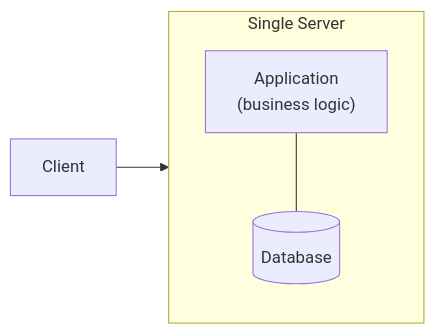
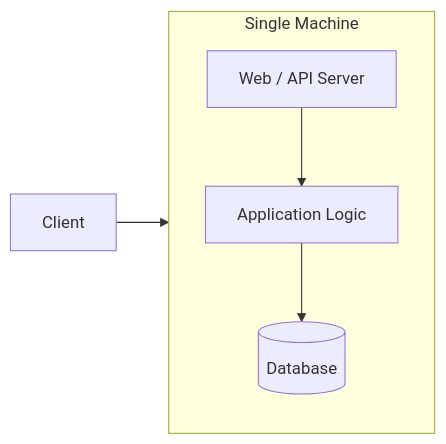
Before and after one commit to HARRISAMIN432/system-design-hld: the second of 18 diagrams in 07_scaling_application_from_one_to_million_users/README.md, drawn with Mermaid. The commit also changed other lines of this file and 11 other files, not shown here.

````diff
--- a/07_scaling_application_from_one_to_million_users/README.md
+++ b/07_scaling_application_from_one_to_million_users/README.md
@@ -70,9 +225,12 @@
 ```mermaid
 flowchart LR
-    Client["Client"] --> Server
-    subgraph Server["Single Server"]
-        App["Application<br/>(business logic)"]
-        DB[("Database")]
-        App --- DB
+    C["Client"] --> S
+
+    subgraph S["Single Machine"]
+        W["Web / API Server"]
+        A["Application Logic"]
+        D[("Database")]
+        W --> A
+        A --> D
     end
 ```
````
